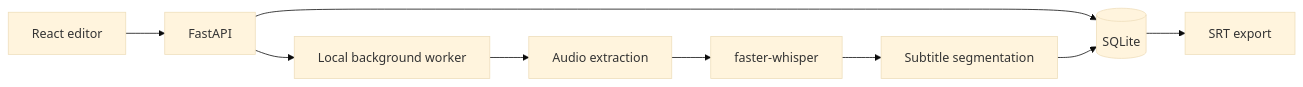
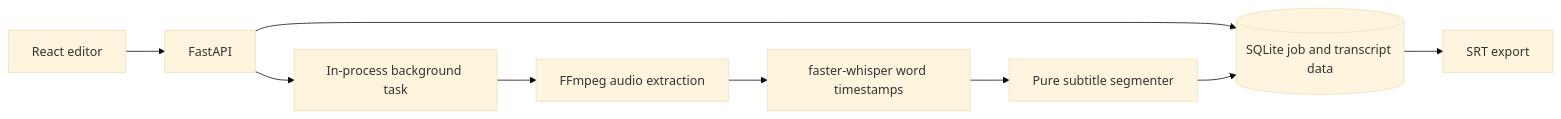
The diagram in README.md (Nikpar005/clipscribe-local), drawn with Mermaid (base theme) before and after one commit. The commit also changed other lines of this file and 29 other files, not shown here.

Commit message:
feat: add local transcript editor and deployment

````diff
--- a/README.md
+++ b/README.md
@@ -44,11 +64,11 @@
 ```mermaid
 flowchart LR
     Browser[React editor] --> API[FastAPI]
-    API --> Worker[Local background worker]
-    Worker --> FFmpeg[Audio extraction]
-    FFmpeg --> Whisper[faster-whisper]
-    Whisper --> Segmenter[Subtitle segmentation]
-    API --> DB[(SQLite)]
+    API --> Worker[In-process background task]
+    Worker --> FFmpeg[FFmpeg audio extraction]
+    FFmpeg --> Whisper[faster-whisper word timestamps]
+    Whisper --> Segmenter[Pure subtitle segmenter]
+    API --> DB[(SQLite job and transcript data)]
     Segmenter --> DB
     DB --> Export[SRT export]
 ```
````
